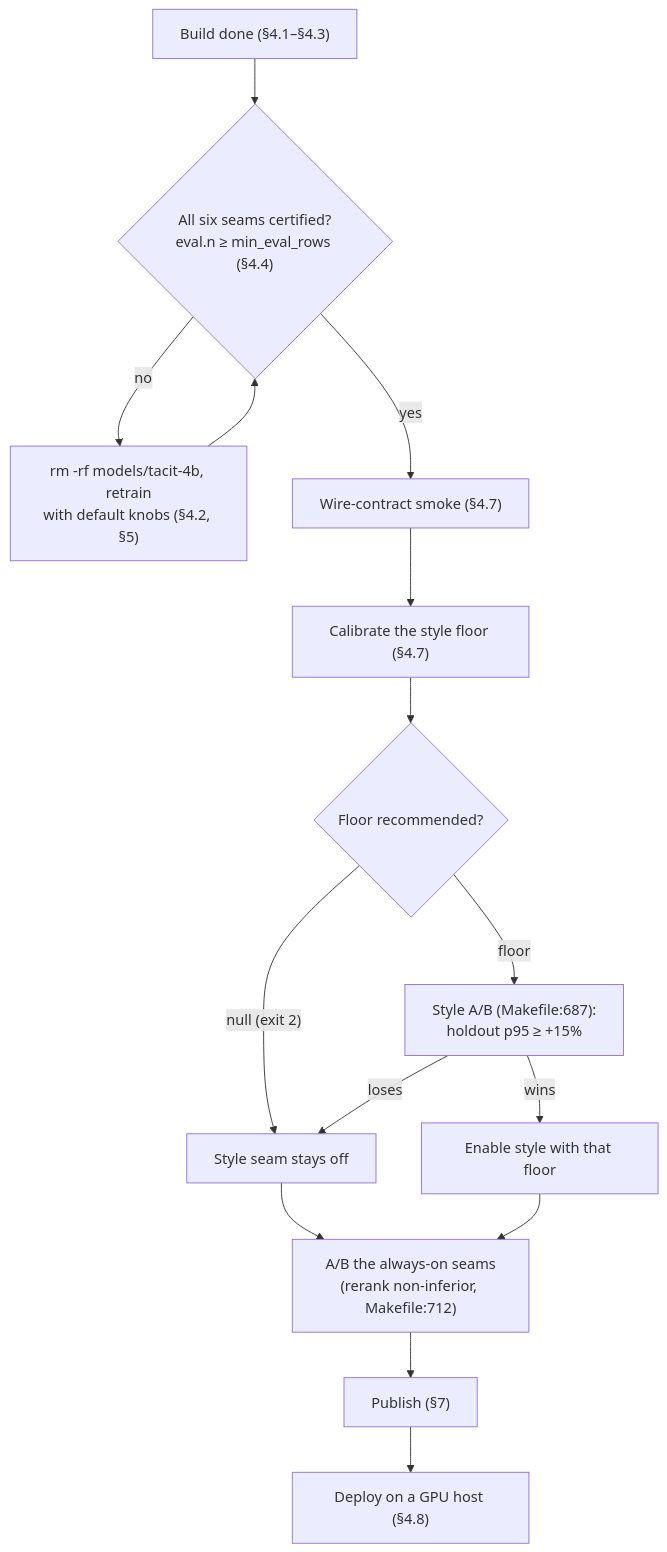
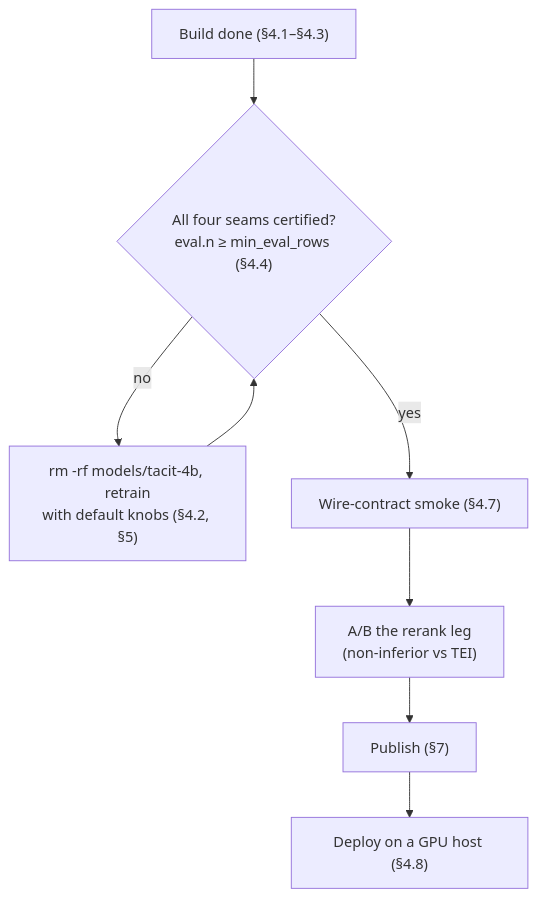
The diagram in docs/tacit-fine-tune.md (olk/design-pattern-mcp), drawn with Mermaid before and after one commit. The commit also changed other lines of this file and 64 other files, not shown here.

````diff
--- a/docs/tacit-fine-tune.md
+++ b/docs/tacit-fine-tune.md
@@ -120,18 +125,10 @@
 ```mermaid
 flowchart TD
-    A["Build done (§4.1–§4.3)"] --> B{"All six seams certified?<br/>eval.n ≥ min_eval_rows (§4.4)"}
+    A["Build done (§4.1–§4.3)"] --> B{"All four seams certified?<br/>eval.n ≥ min_eval_rows (§4.4)"}
     B -- "no" --> R["rm -rf models/tacit-4b, retrain<br/>with default knobs (§4.2, §5)"]
     R --> B
     B -- "yes" --> C["Wire-contract smoke (§4.7)"]
-    C --> D["Calibrate the style floor (§4.7)"]
-    D --> E{"Floor recommended?"}
-    E -- "null (exit 2)" --> F["Style seam stays off"]
-    E -- "floor" --> G["Style A/B (Makefile:687):<br/>holdout p95 ≥ +15%"]
-    G -- "loses" --> F
-    G -- "wins" --> H["Enable style with that floor"]
-    I["A/B the always-on seams<br/>(rerank non-inferior, Makefile:712)"]
-    F --> I
-    H --> I
+    C --> I["A/B the rerank leg<br/>(non-inferior vs TEI)"]
     I --> J["Publish (§7)"]
     J --> K["Deploy on a GPU host (§4.8)"]
 ```
````
